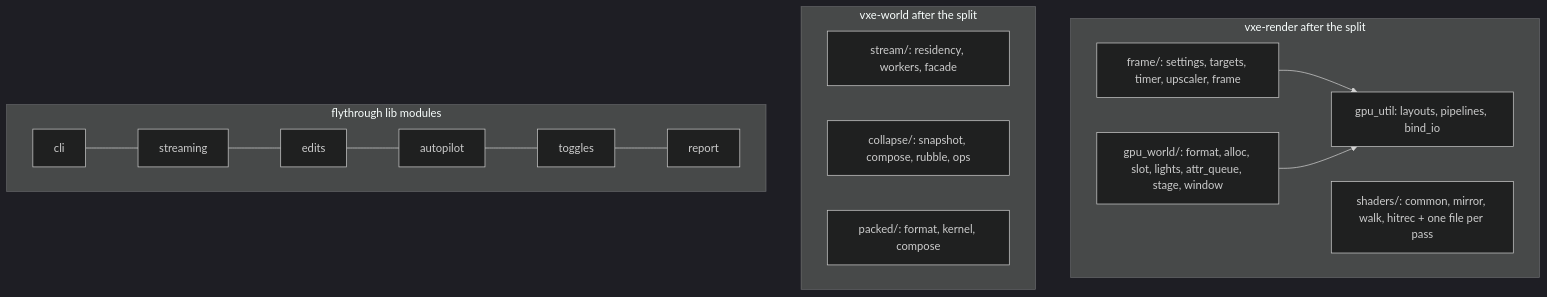
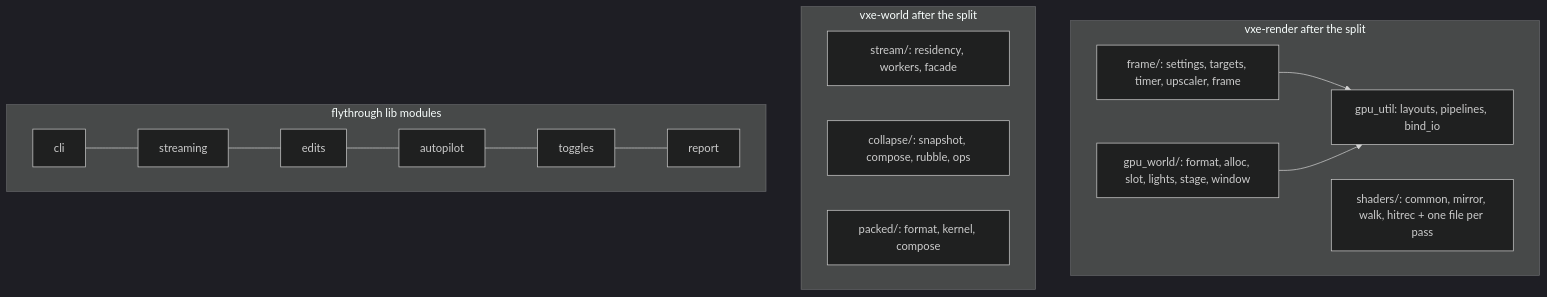
Before and after one commit to IgorKonovalov/voxel-engine: the diagram in docs/plans/0045-structure-pass-split-the-mega-files-share-the-fixtures.md, drawn with Mermaid (dark theme). The commit also changed other lines of this file and 9 other files, not shown here.

````diff
--- a/docs/plans/0045-structure-pass-split-the-mega-files-share-the-fixtures.md
+++ b/docs/plans/0045-structure-pass-split-the-mega-files-share-the-fixtures.md
@@ -157,19 +166,19 @@
 ```mermaid
 flowchart TB
     subgraph render[vxe-render after the split]
-        GW[gpu_world/: format, alloc, slot, lights, attr_queue, stage, window]
+        GW[gpu_world/: format, alloc, slot, lights, stage, window]
         MR[frame/: settings, targets, timer, upscaler, frame]
         GU[gpu_util: layouts, pipelines, bind_io]
         SH[shaders/: common, mirror, walk, hitrec + one file per pass]
     end
     subgraph world[vxe-world after the split]
         ST[stream/: residency, workers, facade]
         CO[collapse/: snapshot, compose, rubble, ops]
         PK[packed/: format, kernel, compose]
     end
     subgraph fly[flythrough lib modules]
         CLI[cli] --- STR[streaming] --- ED[edits] --- AP[autopilot] --- TG[toggles] --- RP[report]
     end
     MR --> GU
     GW --> GU
 ```
````
